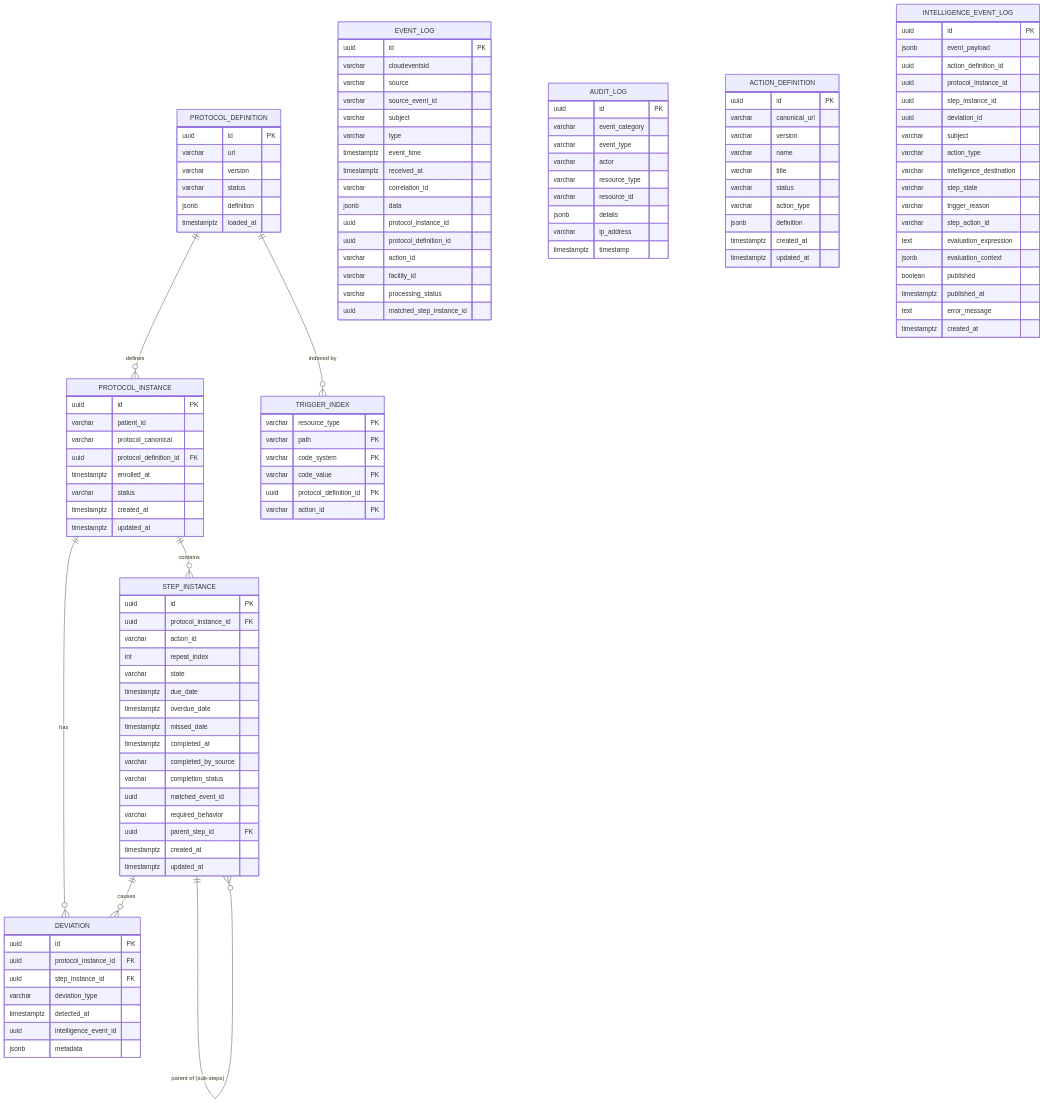
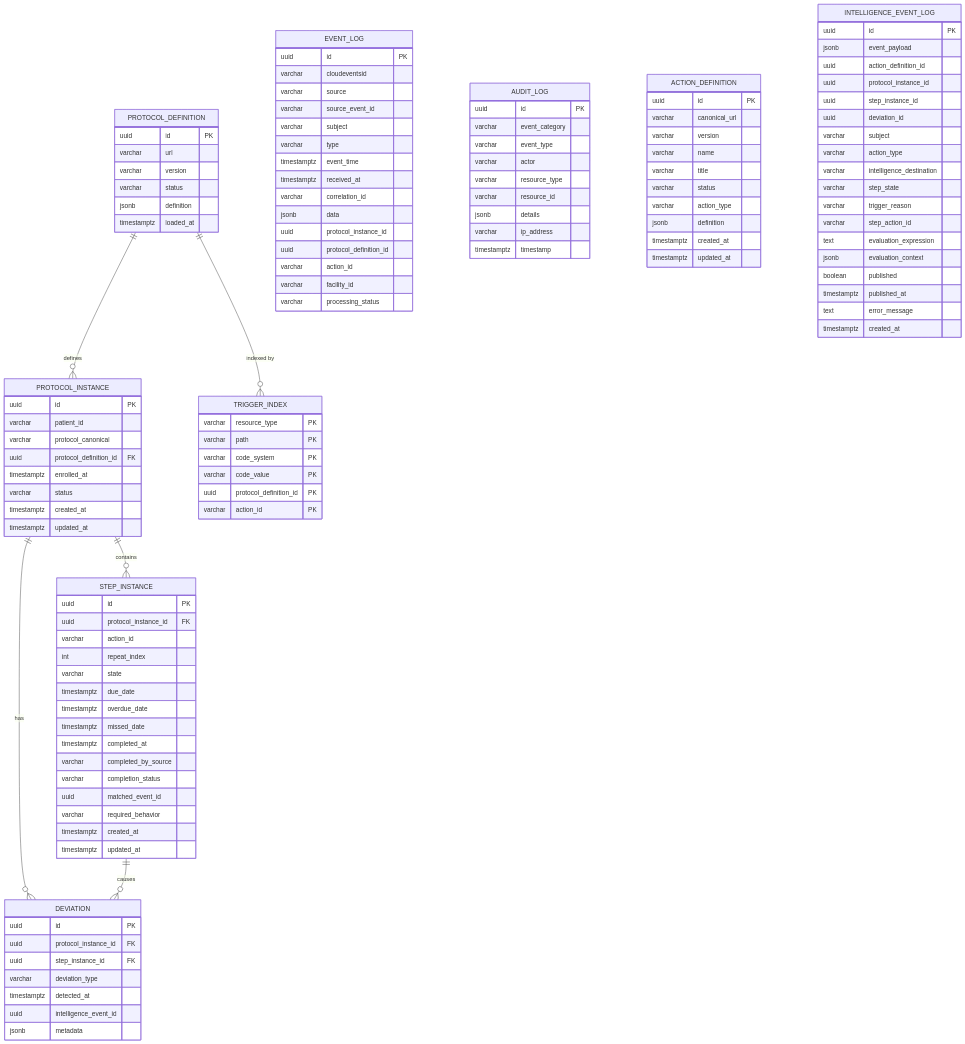
One commit to Jayaprakash8887/cce-compliance-service changed the diagram in docs/data-dictionary.md. Above: the diagram before and after it, drawn with Mermaid. The commit also changed other lines of this file and 7 other files, not shown here.

First line of the commit message:
feat: implement flat sub-step model and actionId validation

```diff
--- a/docs/data-dictionary.md
+++ b/docs/data-dictionary.md
@@ -34,7 +34,6 @@
     PROTOCOL_INSTANCE ||--o{ STEP_INSTANCE : "contains"
     PROTOCOL_INSTANCE ||--o{ DEVIATION : "has"
     STEP_INSTANCE ||--o{ DEVIATION : "causes"
-    STEP_INSTANCE ||--o{ STEP_INSTANCE : "parent of (sub-steps)"
 
     PROTOCOL_DEFINITION {
         uuid id PK
@@ -70,7 +69,6 @@
         varchar completion_status
         uuid matched_event_id
         varchar required_behavior
-        uuid parent_step_id FK
         timestamptz created_at
         timestamptz updated_at
     }
@@ -110,7 +108,6 @@
         varchar action_id
         varchar facility_id
         varchar processing_status
-        uuid matched_step_instance_id
     }
 
     AUDIT_LOG {
```
